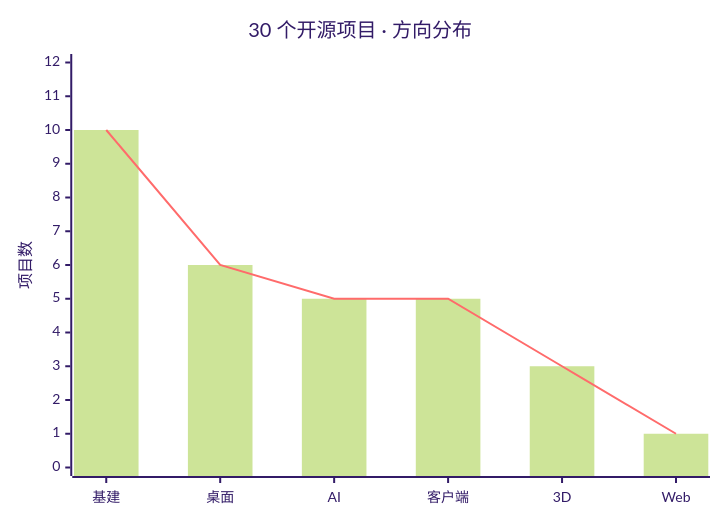
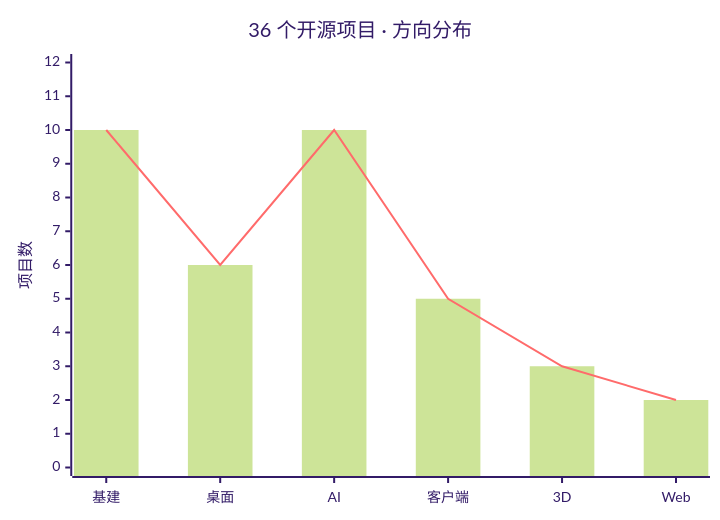
Before and after one commit to xkx121029/xkx121029: the fourth of 10 diagrams in README.md, drawn with Mermaid (forest theme). The commit also changed other lines of this file and 7 other files, not shown here.

Commit message:
feat: cooler profile README with native Mermaid, alerts and card walls

````diff
--- a/README.md
+++ b/README.md
@@ -204,8 +202,8 @@
 ```mermaid
 xychart-beta
-    title "30 个开源项目 · 方向分布"
+    title "36 个开源项目 · 方向分布"
     x-axis ["基建", "桌面", "AI", "客户端", "3D", "Web"]
     y-axis "项目数" 0 --> 12
-    bar [10, 6, 5, 5, 3, 1]
-    line [10, 6, 5, 5, 3, 1]
+    bar [10, 6, 10, 5, 3, 2]
+    line [10, 6, 10, 5, 3, 2]
 ```
````
